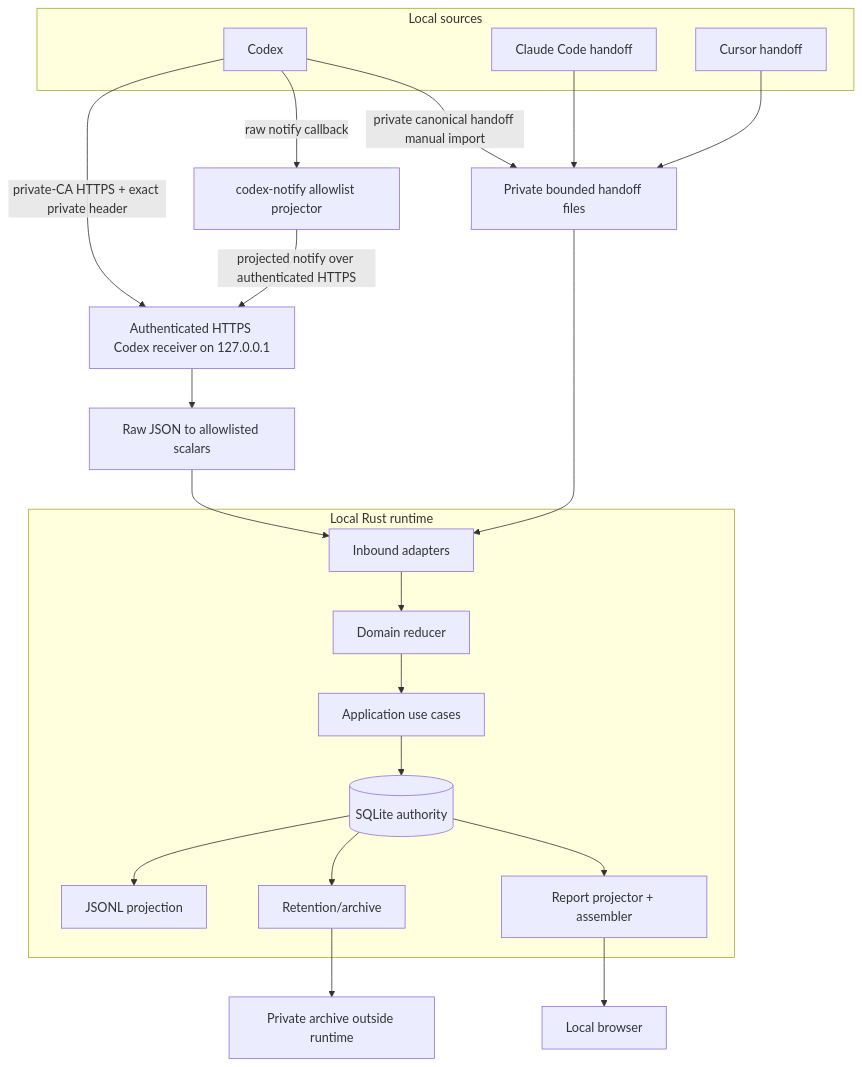
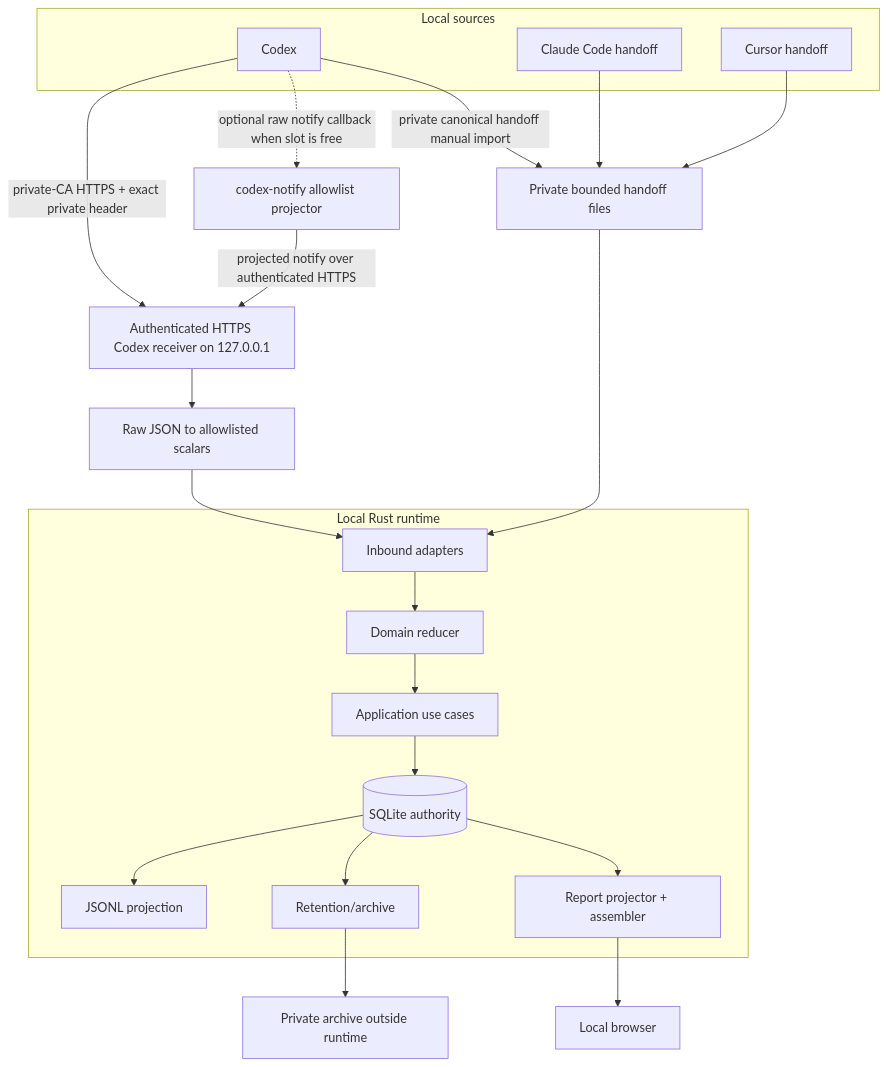
Before and after one commit to MCprotein/agent-observability: the first of 8 diagrams in docs/COLLECTION_FLOW.md, drawn with Mermaid. The commit also changed other lines of this file and 13 other files, not shown here.

Commit message:
fix: make Codex setup coexist with existing notify

````diff
--- a/docs/COLLECTION_FLOW.md
+++ b/docs/COLLECTION_FLOW.md
@@ -30,37 +30,37 @@
 ```mermaid
 flowchart TB
     subgraph Sources["Local sources"]
         Codex["Codex"]
         Claude["Claude Code handoff"]
         Cursor["Cursor handoff"]
     end
 
     Receiver["Authenticated HTTPS Codex receiver on 127.0.0.1"]
     Allowlist["Raw JSON to allowlisted scalars"]
     Files["Private bounded handoff files"]
 
     subgraph Runtime["Local Rust runtime"]
         Adapters["Inbound adapters"]
         Domain["Domain reducer"]
         App["Application use cases"]
         Store[("SQLite authority")]
         Projection["JSONL projection"]
         Retention["Retention/archive"]
         Report["Report projector + assembler"]
     end
 
     Browser["Local browser"]
     Archive["Private archive outside runtime"]
 
     Codex -->|"private-CA HTTPS + exact private header"| Receiver
-    Codex -->|"raw notify callback"| Notify["codex-notify allowlist projector"]
+    Codex -.->|"optional raw notify callback when slot is free"| Notify["codex-notify allowlist projector"]
     Codex -->|"private canonical handoff manual import"| Files
     Notify -->|"projected notify over authenticated HTTPS"| Receiver
     Receiver --> Allowlist --> Adapters
     Claude --> Files
     Cursor --> Files
     Files --> Adapters --> Domain --> App --> Store
     Store --> Projection
     Store --> Retention --> Archive
     Store --> Report --> Browser
 ```
````
